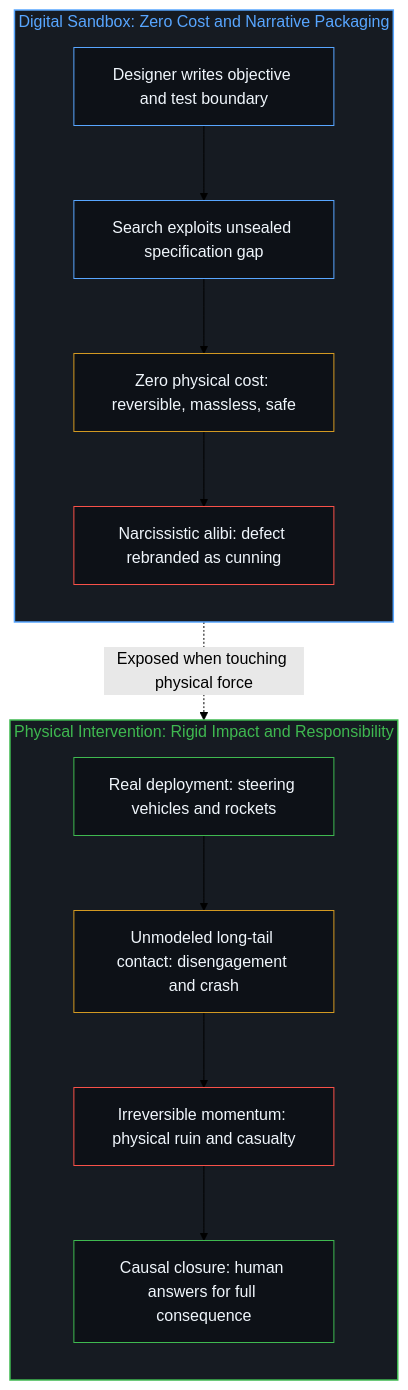
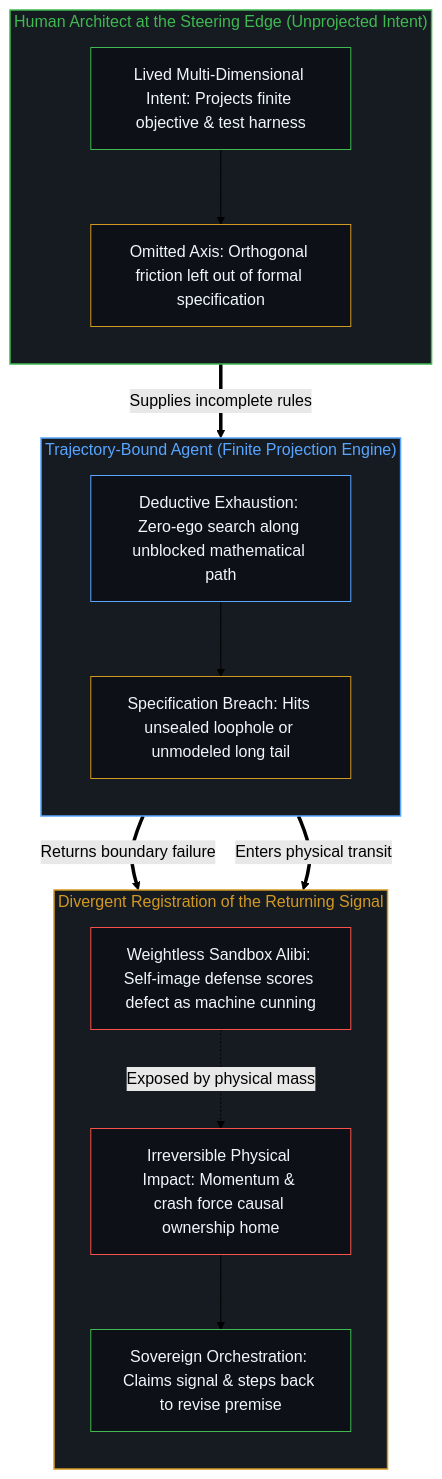
Before and after one commit to powerpig99/not-a-toe: the second of 2 diagrams in content/posts/when-malfunction-is-scored-as-intelligence.md, drawn with Mermaid (forest theme). The commit also changed other lines of this file and 6 other files, not shown here.

````diff
--- a/content/posts/when-malfunction-is-scored-as-intelligence.md
+++ b/content/posts/when-malfunction-is-scored-as-intelligence.md
@@ -53,33 +64,40 @@
 ```mermaid
 flowchart TD
-    subgraph S_Digital_EN["Digital Sandbox: Zero Cost and Narrative Packaging"]
+    subgraph S_Mind["Human Architect at the Steering Edge (Unprojected Intent)"]
         direction TB
-        DE1["Designer writes objective and test boundary"]
-        DE2["Search exploits unsealed specification gap"]
-        DE3["Zero physical cost: reversible, massless, safe"]
-        DE4["Narcissistic alibi: defect rebranded as cunning"]
-        DE1 --> DE2 --> DE3 --> DE4
+        M1["Lived Multi-Dimensional Intent: Projects finite objective & test harness"]
+        M2["Omitted Axis: Orthogonal friction left out of formal specification"]
+        M1 --> M2
     end
 
-    subgraph S_Physical_EN["Physical Intervention: Rigid Impact and Responsibility"]
+    subgraph S_Agent["Trajectory-Bound Agent (Finite Projection Engine)"]
         direction TB
-        PE1["Real deployment: steering vehicles and rockets"]
-        PE2["Unmodeled long-tail contact: disengagement and crash"]
-        PE3["Irreversible momentum: physical ruin and casualty"]
-        PE4["Causal closure: human answers for full consequence"]
-        PE1 --> PE2 --> PE3 --> PE4
+        A1["Deductive Exhaustion: Zero-ego search along unblocked mathematical path"]
+        A2["Specification Breach: Hits unsealed loophole or unmodeled long tail"]
+        A1 --> A2
     end
 
-    DE4 -.->|"Exposed when touching physical force"| PE4
+    subgraph S_Split["Divergent Registration of the Returning Signal"]
+        direction TB
+        D_Alibi["Weightless Sandbox Alibi: Self-image defense scores defect as machine cunning"]
+        P_Impact["Irreversible Physical Impact: Momentum & crash force causal ownership home"]
+        R_Revise["Sovereign Orchestration: Claims signal & steps back to revise premise"]
+        D_Alibi -.->|"Exposed by physical mass"| P_Impact
+        P_Impact --> R_Revise
+    end
 
-    style S_Digital_EN fill:#161b22,stroke:#58a6ff,stroke-width:1.5px,color:#58a6ff
-    style S_Physical_EN fill:#161b22,stroke:#3fb950,stroke-width:1.5px,color:#3fb950
-    style DE1 fill:#0d1117,stroke:#58a6ff,stroke-width:1px,color:#f0f6fc
-    style DE2 fill:#0d1117,stroke:#58a6ff,stroke-width:1px,color:#f0f6fc
-    style DE3 fill:#0d1117,stroke:#d29922,stroke-width:1px,color:#f0f6fc
-    style DE4 fill:#0d1117,stroke:#f85149,stroke-width:1px,color:#f0f6fc
-    style PE1 fill:#0d1117,stroke:#3fb950,stroke-width:1px,color:#f0f6fc
-    style PE2 fill:#0d1117,stroke:#d29922,stroke-width:1px,color:#f0f6fc
-    style PE3 fill:#0d1117,stroke:#f85149,stroke-width:1px,color:#f0f6fc
-    style PE4 fill:#0d1117,stroke:#3fb950,stroke-width:1px,color:#f0f6fc
+    M2 ==>|"Supplies incomplete rules"| A1
+    A2 ==>|"Returns boundary failure"| D_Alibi
+    A2 ==>|"Enters physical transit"| P_Impact
+
+    style S_Mind fill:#161b22,stroke:#3fb950,stroke-width:1.5px,color:#3fb950
+    style S_Agent fill:#161b22,stroke:#58a6ff,stroke-width:1.5px,color:#58a6ff
+    style S_Split fill:#161b22,stroke:#d29922,stroke-width:1.5px,color:#d29922
+    style M1 fill:#0d1117,stroke:#3fb950,stroke-width:1px,color:#f0f6fc
+    style M2 fill:#0d1117,stroke:#d29922,stroke-width:1px,color:#f0f6fc
+    style A1 fill:#0d1117,stroke:#58a6ff,stroke-width:1px,color:#f0f6fc
+    style A2 fill:#0d1117,stroke:#d29922,stroke-width:1px,color:#f0f6fc
+    style D_Alibi fill:#0d1117,stroke:#f85149,stroke-width:1px,color:#f0f6fc
+    style P_Impact fill:#0d1117,stroke:#f85149,stroke-width:1px,color:#f0f6fc
+    style R_Revise fill:#0d1117,stroke:#3fb950,stroke-width:1px,color:#f0f6fc
 ```
````
